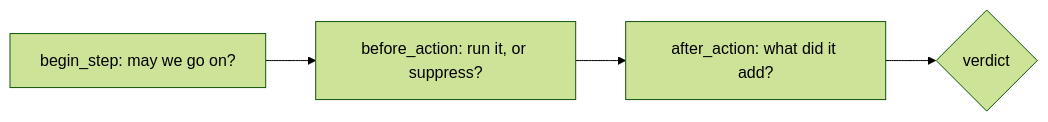
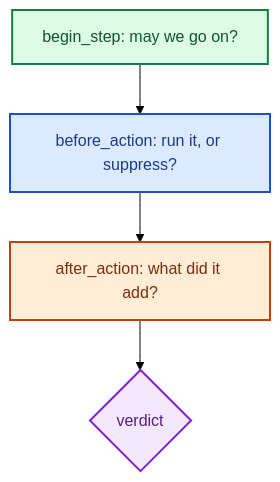
The second of 3 diagrams in content/en/docs/agentic_ai/guardrails_loop_control_state.md (kk-engineer/robosathi), drawn with Mermaid (forest theme) before and after one commit. The commit also changed other lines of this file and 15 other files, not shown here.

First line of the commit message:
perf: Lighter pages and on-demand loading; legible flow diagrams

````diff
--- a/content/en/docs/agentic_ai/guardrails_loop_control_state.md
+++ b/content/en/docs/agentic_ai/guardrails_loop_control_state.md
@@ -95,4 +107,14 @@
 ```mermaid
-graph LR
+graph TD
     B["begin_step: may we go on?"] --> BA["before_action: run it, or suppress?"] --> AA["after_action: what did it add?"] --> V{verdict}
+    classDef c1 fill:#dcfce7,stroke:#15803d,stroke-width:2px,color:#14532d
+    classDef c2 fill:#dbeafe,stroke:#1d4ed8,stroke-width:2px,color:#1e3a8a
+    classDef c3 fill:#ffedd5,stroke:#c2410c,stroke-width:2px,color:#7c2d12
+    classDef c4 fill:#f3e8ff,stroke:#7e22ce,stroke-width:2px,color:#581c87
+    classDef c5 fill:#fee2e2,stroke:#b91c1c,stroke-width:2px,color:#7f1d1d
+    classDef c6 fill:#ccfbf1,stroke:#0f766e,stroke-width:2px,color:#134e4a
+    class B c1
+    class BA c2
+    class AA c3
+    class V c4
 ```
````
